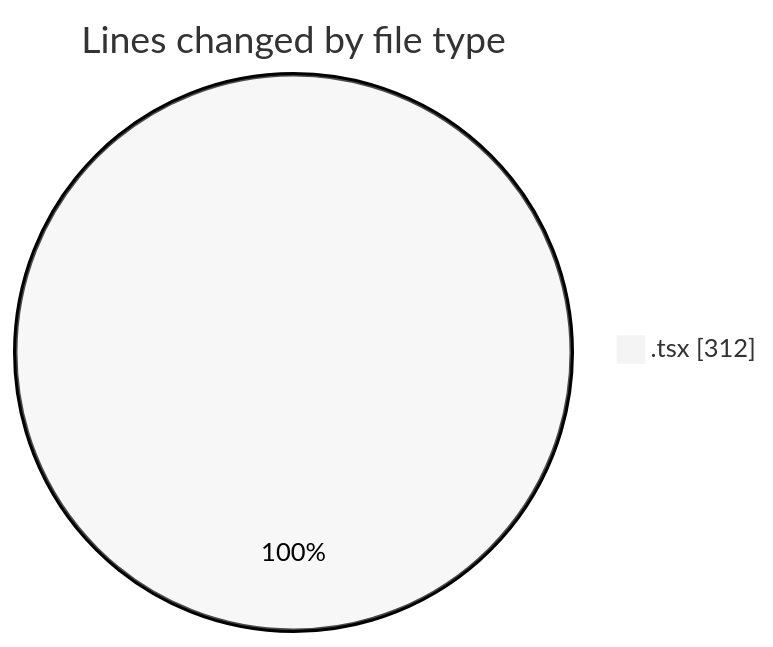
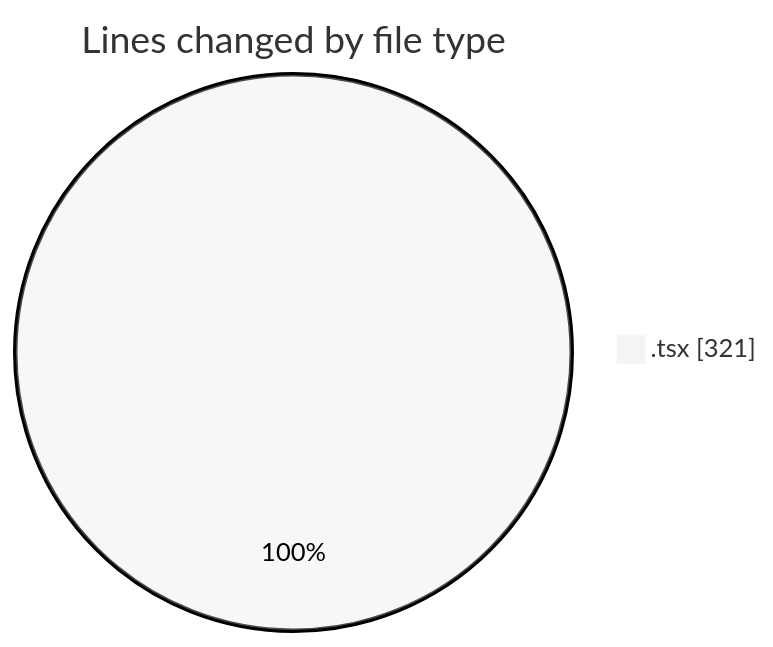
One commit to momahboobian/code-tracking changed the first of 2 diagrams in 2025-02-11/cda/README.md. Above: the diagram before and after it, drawn with Mermaid (neutral theme). The commit also changed other lines of this file and 1 other file, not shown here.

````diff
--- a/2025-02-11/cda/README.md
+++ b/2025-02-11/cda/README.md
@@ -20,5 +20,5 @@
 ```mermaid
 pie showData
 title Lines changed by file type
-".tsx" : 312
+".tsx" : 321
 ```
````
